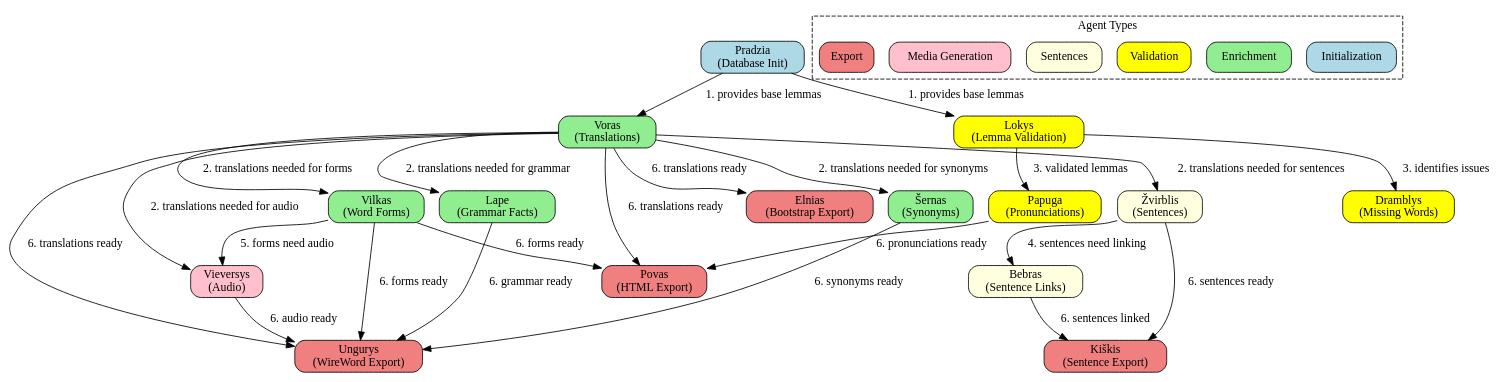
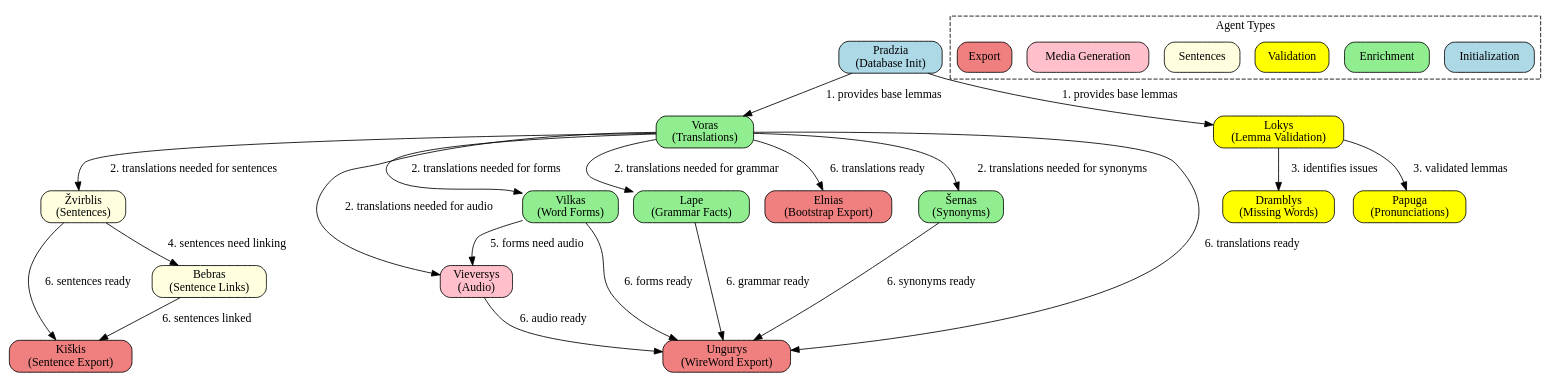
One commit to powera/greenland changed the diagram in docs/barsukas_agents.gv. Above: the diagram before and after it, drawn with Graphviz. The commit also changed 23 other files, not shown here.

```diff
--- a/docs/barsukas_agents.gv
+++ b/docs/barsukas_agents.gv
@@ -1,76 +1,72 @@
 digraph barsukas_agents {
   rankdir=TB;
   node [shape=box, style=rounded];
 
   // Node definitions with descriptions
   pradzia [label="Pradzia\n(Database Init)", shape=box, style="rounded,filled", fillcolor=lightblue];
   voras [label="Voras\n(Translations)", shape=box, style="rounded,filled", fillcolor=lightgreen];
   vilkas [label="Vilkas\n(Word Forms)", shape=box, style="rounded,filled", fillcolor=lightgreen];
   lape [label="Lape\n(Grammar Facts)", shape=box, style="rounded,filled", fillcolor=lightgreen];
   sernas [label="Šernas\n(Synonyms)", shape=box, style="rounded,filled", fillcolor=lightgreen];
   lokys [label="Lokys\n(Lemma Validation)", shape=box, style="rounded,filled", fillcolor=yellow];
   papuga [label="Papuga\n(Pronunciations)", shape=box, style="rounded,filled", fillcolor=yellow];
   zvirblis [label="Žvirblis\n(Sentences)", shape=box, style="rounded,filled", fillcolor=lightyellow];
   bebras [label="Bebras\n(Sentence Links)", shape=box, style="rounded,filled", fillcolor=lightyellow];
   dramblys [label="Dramblys\n(Missing Words)", shape=box, style="rounded,filled", fillcolor=yellow];
   vieversys [label="Vieversys\n(Audio)", shape=box, style="rounded,filled", fillcolor=pink];
   ungurys [label="Ungurys\n(WireWord Export)", shape=box, style="rounded,filled", fillcolor=lightcoral];
   elnias [label="Elnias\n(Bootstrap Export)", shape=box, style="rounded,filled", fillcolor=lightcoral];
-  povas [label="Povas\n(HTML Export)", shape=box, style="rounded,filled", fillcolor=lightcoral];
   kiskis [label="Kiškis\n(Sentence Export)", shape=box, style="rounded,filled", fillcolor=lightcoral];
 
   // Logical dependencies (workflow order)
 
   // Phase 1: Database initialization
   pradzia -> voras [label="1. provides base lemmas"];
   pradzia -> lokys [label="1. provides base lemmas"];
 
   // Phase 2: Core linguistic data generation
   voras -> vilkas [label="2. translations needed for forms"];
   voras -> lape [label="2. translations needed for grammar"];
   voras -> sernas [label="2. translations needed for synonyms"];
   voras -> zvirblis [label="2. translations needed for sentences"];
   voras -> vieversys [label="2. translations needed for audio"];
 
   // Phase 3: Quality validation (parallel with enrichment)
   lokys -> papuga [label="3. validated lemmas"];
   lokys -> dramblys [label="3. identifies issues"];
 
   // Phase 4: Sentence generation pipeline
   zvirblis -> bebras [label="4. sentences need linking"];
 
   // Phase 5: Audio generation for base lemmas and grammatical forms
   vilkas -> vieversys [label="5. forms need audio"];
 
   // Phase 6: Export pipeline (all exports depend on complete data)
   voras -> ungurys [label="6. translations ready"];
   voras -> elnias [label="6. translations ready"];
-  voras -> povas [label="6. translations ready"];
 
   vilkas -> ungurys [label="6. forms ready"];
-  vilkas -> povas [label="6. forms ready"];
 
   lape -> ungurys [label="6. grammar ready"];
 
   sernas -> ungurys [label="6. synonyms ready"];
 
-  papuga -> povas [label="6. pronunciations ready"];
 
   vieversys -> ungurys [label="6. audio ready"];
 
   bebras -> kiskis [label="6. sentences linked"];
   zvirblis -> kiskis [label="6. sentences ready"];
 
   // Subgraph for clarity
   subgraph cluster_legend {
     label = "Agent Types";
     style=dashed;
 
     init [label="Initialization", shape=box, style="rounded,filled", fillcolor=lightblue];
     enrich [label="Enrichment", shape=box, style="rounded,filled", fillcolor=lightgreen];
     validate [label="Validation", shape=box, style="rounded,filled", fillcolor=yellow];
     sentence [label="Sentences", shape=box, style="rounded,filled", fillcolor=lightyellow];
     media [label="Media Generation", shape=box, style="rounded,filled", fillcolor=pink];
     export [label="Export", shape=box, style="rounded,filled", fillcolor=lightcoral];
   }
 }
```
